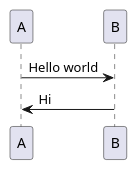
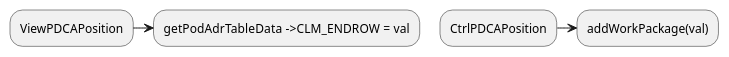
The diagram in PDCA/diagramm.plantuml (NicolasPawelka/Home), drawn with PlantUML before and after one commit. The commit also changed 6 other files, not shown here.

```diff
--- a/PDCA/diagramm.plantuml
+++ b/PDCA/diagramm.plantuml
@@ -1,4 +1,4 @@
 @startuml  HelloWorld
-A -> B : Hello world
-B -> A: Hi
+ViewPDCAPosition -> getPodAdrTableData ->CLM_ENDROW  = val
+CtrlPDCAPosition ->addWorkPackage(val)
 @enduml
```
